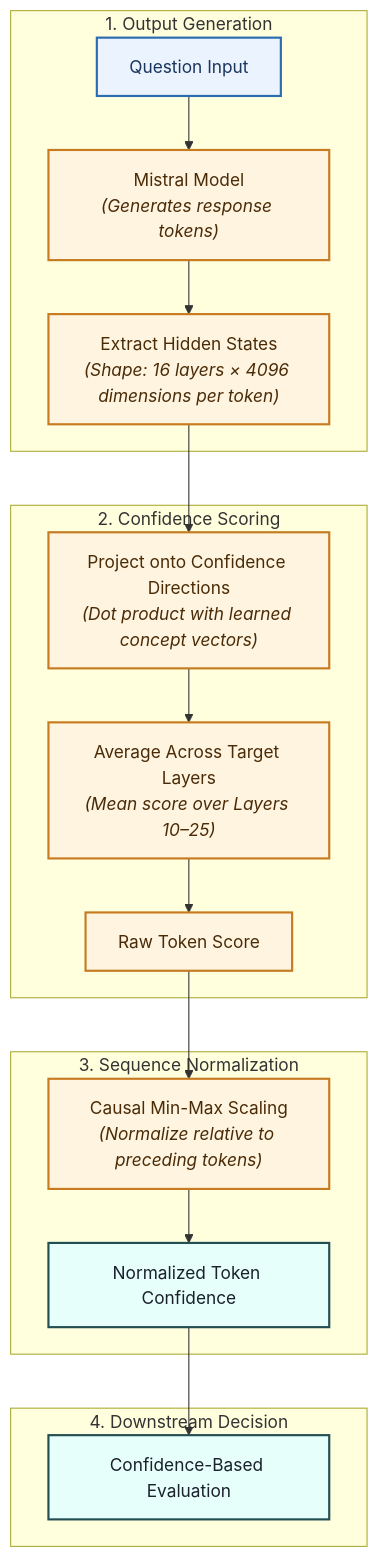
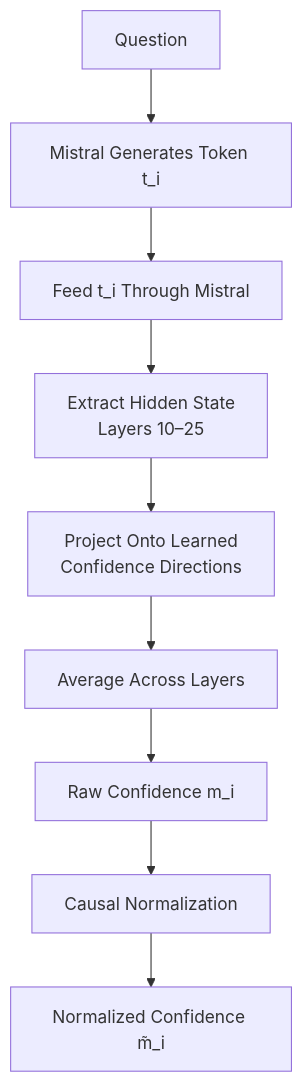
Before and after one commit to TalaChehade/confidence-detector: the second of 3 diagrams in README.md, drawn with Mermaid. The commit also changed other lines of this file, not shown here.

````diff
--- a/README.md
+++ b/README.md
@@ -51,33 +125,14 @@
 ```mermaid
 flowchart TD
-    subgraph Generation ["1. Output Generation"]
-        Q["Question Input"]
-        M["Mistral Model<br/><i>(Generates response tokens)</i>"]
-        T["Extract Hidden States<br/><i>(Shape: 16 layers × 4096 dimensions per token)</i>"]
-    end
+    A["Question"]
+    B["Mistral Generates Token t_i"]
+    C["Feed t_i Through Mistral"]
+    D["Extract Hidden State<br/>Layers 10–25"]
+    E["Project Onto Learned<br/>Confidence Directions"]
+    F["Average Across Layers"]
+    G["Raw Confidence m_i"]
+    H["Causal Normalization"]
+    I["Normalized Confidence m̃_i"]
 
-    subgraph Scoring ["2. Confidence Scoring"]
-        P["Project onto Confidence Directions<br/><i>(Dot product with learned concept vectors)</i>"]
-        L["Average Across Target Layers<br/><i>(Mean score over Layers 10–25)</i>"]
-        R["Raw Token Score"]
-    end
-
-    subgraph Normalization ["3. Sequence Normalization"]
-        N["Causal Min-Max Scaling<br/><i>(Normalize relative to preceding tokens)</i>"]
-        S["Normalized Token Confidence"]
-    end
-
-    subgraph Decision ["4. Downstream Decision"]
-        C["Confidence-Based Evaluation"]
-    end
-
-    Q --> M --> T --> P --> L --> R --> N --> S --> C
-
-    classDef input fill:#EBF3FF,stroke:#2B6CB0,color:#1A365D,stroke-width:2px;
-    classDef process fill:#FFF4DF,stroke:#C77B20,color:#4A2B08,stroke-width:2px;
-    classDef decision fill:#E6FFFA,stroke:#234E52,color:#1A202C,stroke-width:2px;
-
-    class Q input;
-    class M,T,P,L,R,N process;
-    class S,C decision;
+    A --> B --> C --> D --> E --> F --> G --> H --> I
 ```
````
